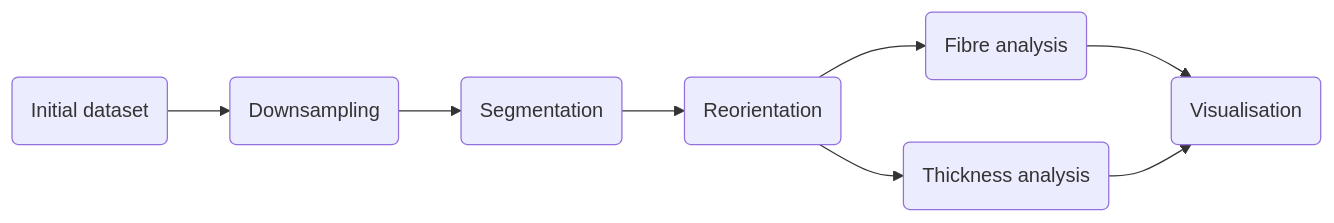
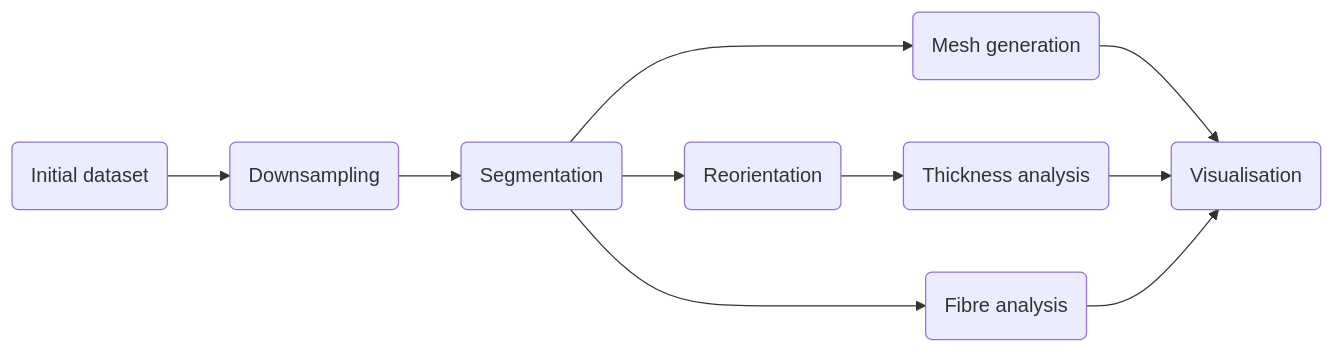
Before and after one commit to mathiasroesler/uterine-microCT: the diagram in README.md, drawn with Mermaid. The commit also changed other lines of this file, not shown here.

````diff
--- a/README.md
+++ b/README.md
@@ -12,10 +15,12 @@
 ```mermaid
 graph LR
 A(Initial dataset) --> B(Downsampling)
 B --> C(Segmentation)
 C --> D(Reorientation)
 D --> E(Thickness analysis)
-D --> F(Fibre analysis)
-F --> G(Visualisation)
-E --> G
+C --> F(Mesh generation)
+C --> G(Fibre analysis)
+F --> H(Visualisation)
+E --> H
+G --> H
 ```
````
